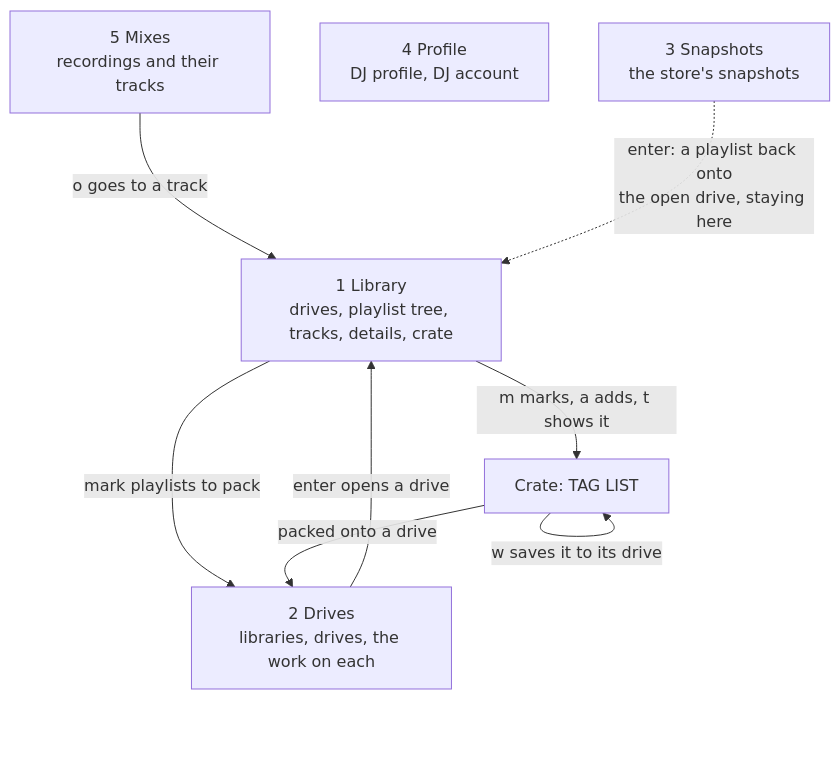
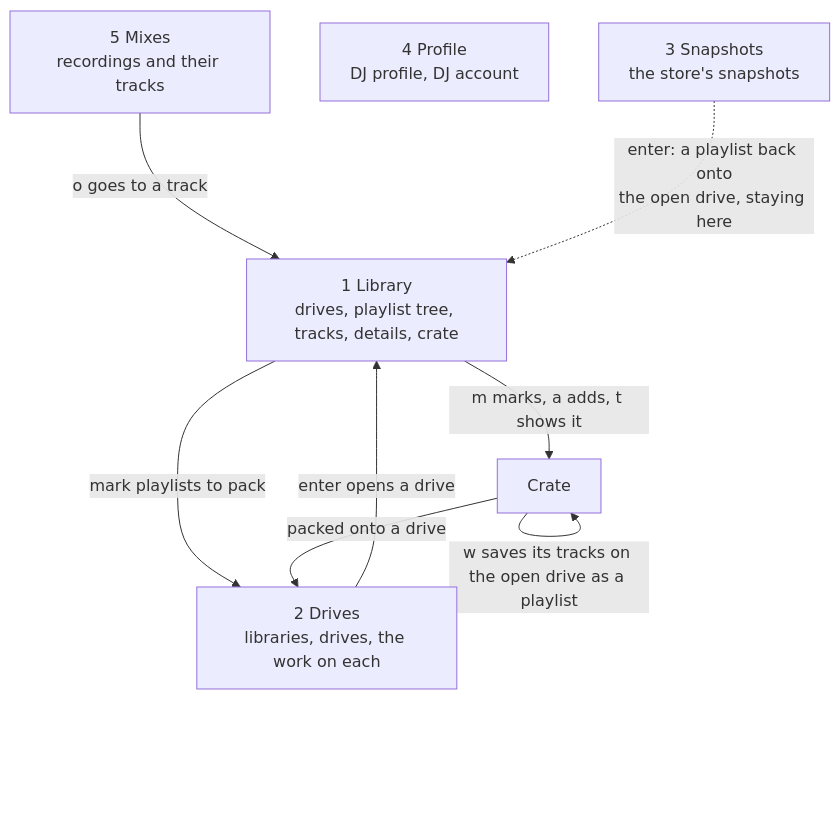
The first of 13 diagrams in apps/locallibrary/docs/diagrams/player.md (cutenode/localnetwork), drawn with Mermaid before and after one commit. The commit also changed other lines of this file and 4 other files, not shown here.

First line of the commit message:
docs(locallibrary): use the glossary's words and fix the player's charts

````diff
--- a/apps/locallibrary/docs/diagrams/player.md
+++ b/apps/locallibrary/docs/diagrams/player.md
@@ -23,15 +23,15 @@
 ```mermaid
 flowchart TD
     library["1 Library<br/>drives, playlist tree, tracks, details, crate"]
     drives["2 Drives<br/>libraries, drives, the work on each"]
     snapshots["3 Snapshots<br/>the store's snapshots"]
     profile["4 Profile<br/>DJ profile, DJ account"]
     mixes["5 Mixes<br/>recordings and their tracks"]
     drives -->|"enter opens a drive"| library
     mixes -->|"o goes to a track"| library
     snapshots -.->|"enter: a playlist back onto<br/>the open drive, staying here"| library
     library -->|"mark playlists to pack"| drives
-    library -->|"m marks, a adds, t shows it"| crate["Crate: TAG LIST"]
-    crate -->|"w saves it to its drive"| crate
+    library -->|"m marks, a adds, t shows it"| crate["Crate"]
+    crate -->|"w saves its tracks on the open drive as a playlist"| crate
     crate -->|"packed onto a drive"| drives
 ```
````
